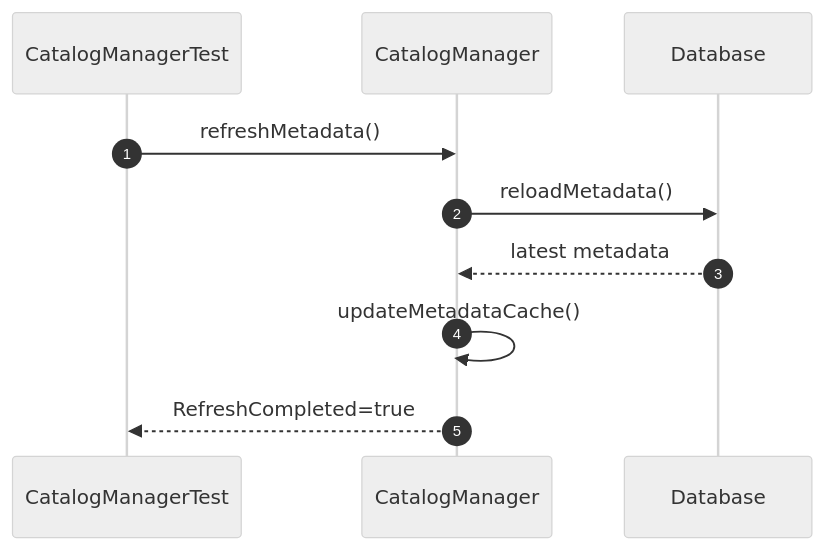
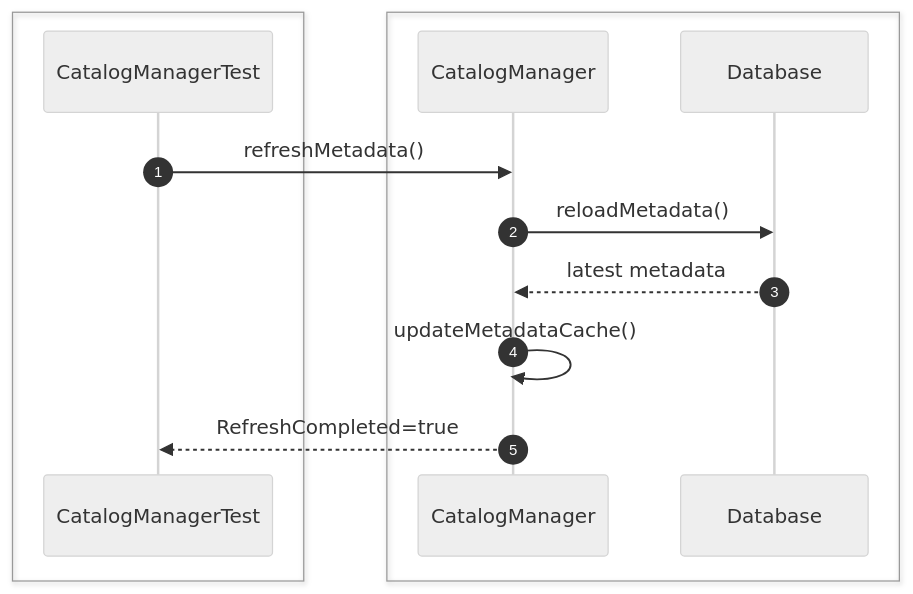
Before and after one commit to Huy1801214/dbms-architecture: the ninth of 28 diagrams in src/sequence/catalog.md, drawn with Mermaid (neutral theme). The commit also changed other lines of this file and 10 other files, not shown here.

Commit message:
add comprehensive sequence diagrams and documentation for system architecture and unit testing specifications

````diff
--- a/src/sequence/catalog.md
+++ b/src/sequence/catalog.md
@@ -76,17 +195,21 @@
 ```mermaid
 sequenceDiagram
     autonumber
+    box #e1f5fe Test Suite
     participant Test as CatalogManagerTest
+    end
+    box #e8f5e9 Catalog Objects
     participant Catalog as CatalogManager
     participant DB as Database
+    end
 
     Test->>Catalog: refreshMetadata()
 
     Catalog->>DB: reloadMetadata()
 
     DB-->>Catalog: latest metadata
 
     Catalog->>Catalog: updateMetadataCache()
 
     Catalog-->>Test: RefreshCompleted=true
 ```
````
